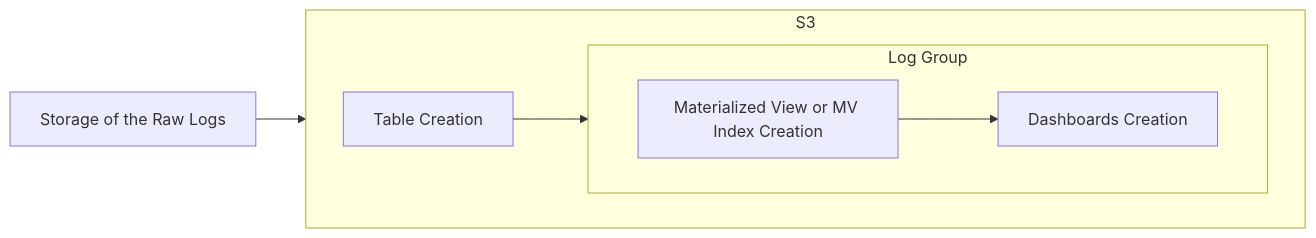
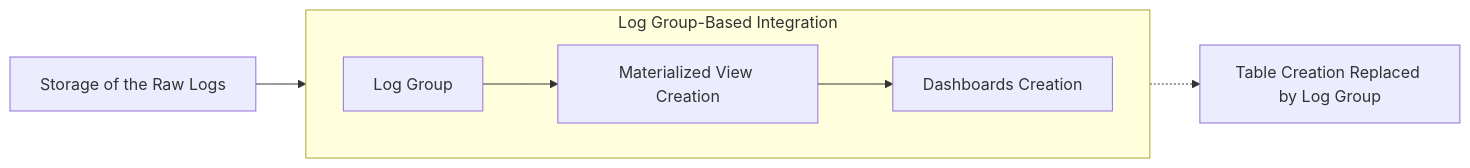
Before and after one commit to RyanL1997/nexus-opensearch-catalog: the diagram in docs/sop-integration-setup-internal.md, drawn with Mermaid. The commit also changed other lines of this file, not shown here.

````diff
--- a/docs/sop-integration-setup-internal.md
+++ b/docs/sop-integration-setup-internal.md
@@ -16,12 +23,10 @@
 ```mermaid
 flowchart LR
-  A[Storage of the Raw Logs] --> B[Table Creation]
-  subgraph S3[S3]
+  A[Storage of the Raw Logs] --> B[Log Group]
+  B -.-> Note[Table Creation Replaced by Log Group]
+  subgraph LogGroup[Log Group-Based Integration]
     direction LR
-    B --> C[Materialized View or MV Index Creation]
-    subgraph LogGroup[Log Group]
-      direction LR
-      C --> D[Dashboards Creation]
-    end
+    B --> C[Materialized View Creation]
+    C --> D[Dashboards Creation]
   end
 ```
````
